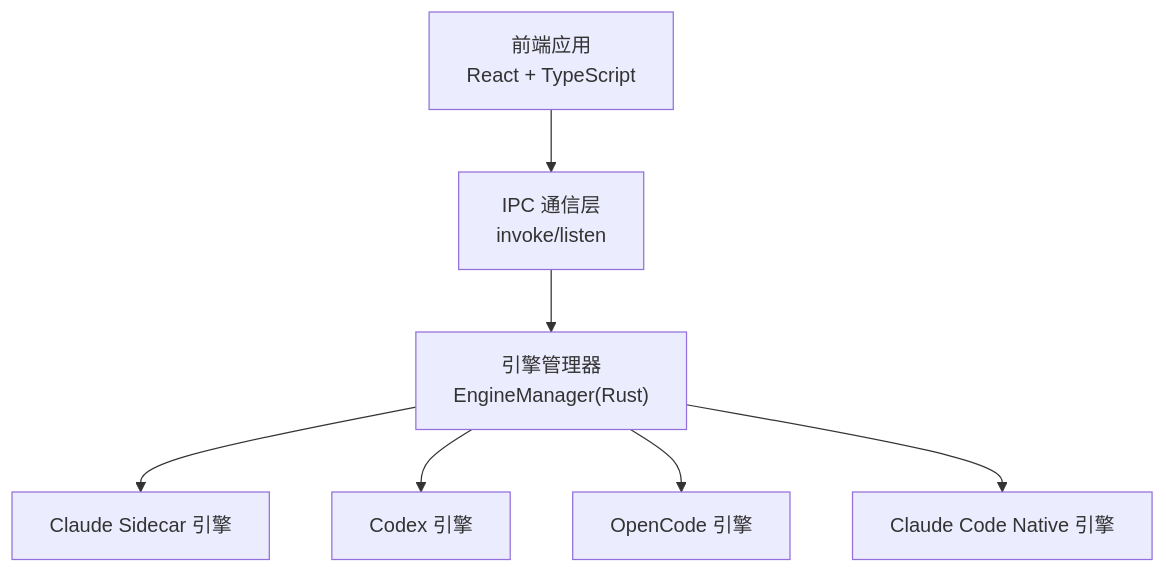
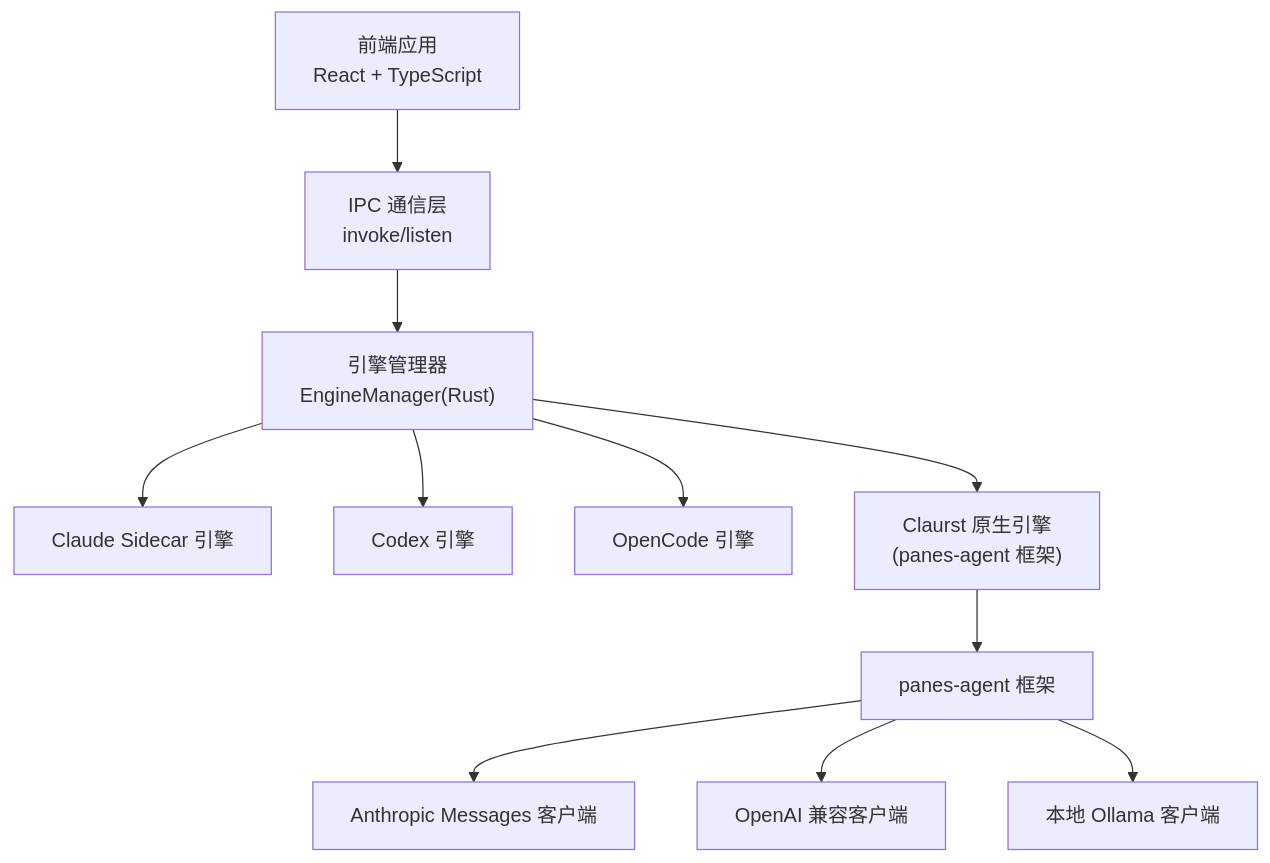
The first of 9 diagrams in .qoder/repowiki/zh/content/核心功能/聊天和 AI 集成/AI 引擎管理.md (yattin/panes), drawn with Mermaid before and after one commit. The commit also changed other lines of this file and 45 other files, not shown here.

````diff
--- a/.qoder/repowiki/zh/content/核心功能/聊天和 AI 集成/AI 引擎管理.md
+++ b/.qoder/repowiki/zh/content/核心功能/聊天和 AI 集成/AI 引擎管理.md
@@ -36,9 +44,13 @@
 ```mermaid
 graph TB
 FE["前端应用<br/>React + TypeScript"] --> IPC["IPC 通信层<br/>invoke/listen"]
 IPC --> EM["引擎管理器<br/>EngineManager(Rust)"]
 EM --> E1["Claude Sidecar 引擎"]
 EM --> E2["Codex 引擎"]
 EM --> E3["OpenCode 引擎"]
-EM --> E4["Claude Code Native 引擎"]
+EM --> E4["Claurst 原生引擎<br/>(panes-agent 框架)"]
+E4 --> PA["panes-agent 框架"]
+PA --> M1["Anthropic Messages 客户端"]
+PA --> M2["OpenAI 兼容客户端"]
+PA --> M3["本地 Ollama 客户端"]
 ```
````
